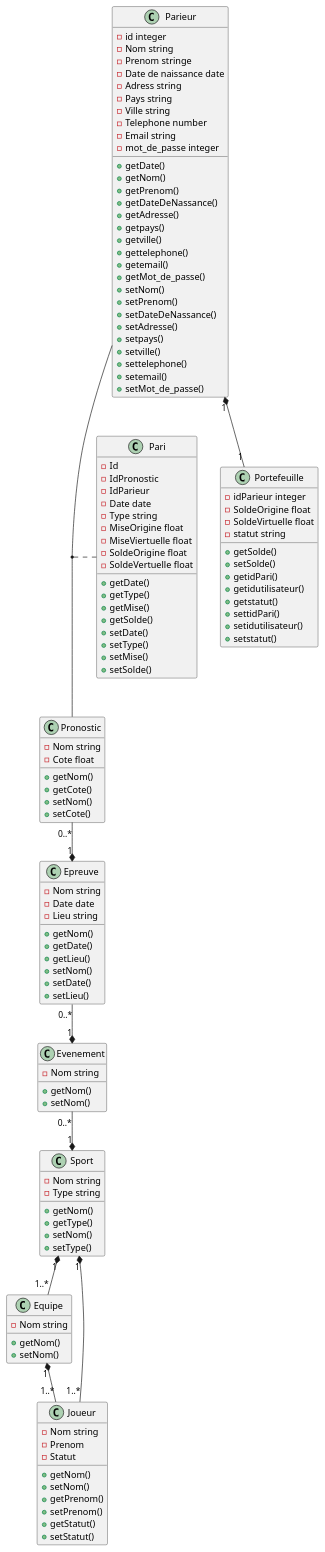
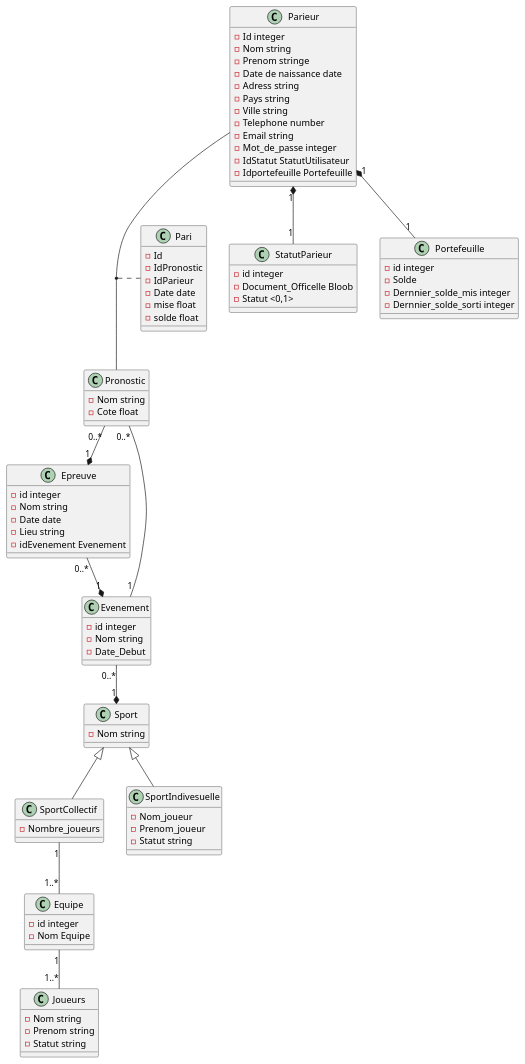
The diagram in pariSportif.puml (OFP-CDA-Mulhouse-2020/parisportif4), drawn with PlantUML before and after one commit. The commit also changed 1 other file, not shown here.

Commit message:
diagramme de class de base

```diff
--- a/pariSportif.puml
+++ b/pariSportif.puml
@@ -1,145 +1,94 @@
 @startuml
 
 class Parieur {
-    - id integer
+    - Id integer
     - Nom string
     - Prenom stringe
     - Date de naissance date
     - Adress string
     - Pays string
     - Ville string
     - Telephone number
     - Email string
-    - mot_de_passe integer
+    - Mot_de_passe integer
+    - IdStatut StatutUtilisateur
+    - Idportefeuille Portefeuille
 
-    + getDate()
-    + getNom()
-    + getPrenom()
-    + getDateDeNassance()
-    + getAdresse()
-    + getpays()
-    + getville()
-    + gettelephone()
-    + getemail()
-    + getMot_de_passe()
-    + setNom()
-    + setPrenom()
-    + setDateDeNassance()
-    + setAdresse()
-    + setpays()
-    + setville()
-    + settelephone()
-    + setemail()
-    + setMot_de_passe()
+}
+class StatutParieur {
+    - id integer
+    - Document_Officelle Bloob
+    - Statut <0,1>
+}
 
+class Portefeuille {
+    - id integer
+    - Solde
+    - Dernnier_solde_mis integer
+    - Dernnier_solde_sorti integer
 }
 
 class Pari {
     - Id
     - IdPronostic
     - IdParieur
     - Date date
-    - Type string
-    - MiseOrigine float
-    - MiseViertuelle float
-    - SoldeOrigine float
-    - SoldeVertuelle float
+    - mise float
+    - solde float
+}
 
-    + getDate()
-    + getType()
-    + getMise()
-    + getSolde()
-    + setDate()
-    + setType()
-    + setMise()
-    + setSolde()
-}
-class Portefeuille {
-    - idParieur integer
-    - SoldeOrigine float
-    - SoldeVirtuelle float
-    - statut string
-
-    + getSolde()
-    + setSolde()
-    + getidPari()
-    + getidutilisateur()
-    + getstatut()
-    + settidPari()
-    + setidutilisateur()
-    + setstatut()
-
-}
 
 class Pronostic {
     - Nom string
     - Cote float
-
-    + getNom()
-    + getCote()
-    + setNom()
-    + setCote()
 }
 
 class Epreuve {
+    - id integer
     - Nom string
     - Date date
     - Lieu string
-
-    + getNom()
-    + getDate()
-    + getLieu()
-    + setNom()
-    + setDate()
-    + setLieu()
-
-
+    - idEvenement Evenement
 }
 
 class Evenement {
+    - id integer
     - Nom string
-
-    +getNom()
-    +setNom()
+    - Date_Debut
 }
 
 class Sport {
     - Nom string
-    - Type string
-
-    + getNom()
-    + getType()
-    + setNom()
-    + setType()
-
+}
+class SportCollectif {
+    - Nombre_joueurs
 }
 class Equipe {
+    - id integer
+    - Nom Equipe
+}
+class Joueurs {
     - Nom string
+    - Prenom string
+    - Statut string
+}
 
-    + getNom()
-    + setNom()
-}
-class Joueur {
-    - Nom string
-    - Prenom
-    - Statut
-
-    + getNom()
-    + setNom()
-    + getPrenom()
-    + setPrenom()
-    + getStatut()
-    + setStatut()
-
+class SportIndivesuelle {
+    - Nom_joueur
+    - Prenom_joueur
+    - Statut string
 }
 
 (Parieur, Pronostic) . Pari
 Parieur "1" *-- "1" Portefeuille
+Parieur "1" *-- "1" StatutParieur
 Pronostic "0..*" --* "1" Epreuve
 Epreuve "0..*" --* "1" Evenement
 Evenement "0..*" --* "1" Sport
-Sport "1"*--"1..*" Equipe
-Sport "1" *--"1..*" Joueur
-Equipe "1" *-- "1..*" Joueur
+Pronostic "0..*" -- "1" Evenement
+Sport <|-- SportIndivesuelle
+Sport <|-- SportCollectif
+SportCollectif "1" -- "1..*" Equipe
+Equipe "1" -- "1..*" Joueurs
 
 @enduml
```
